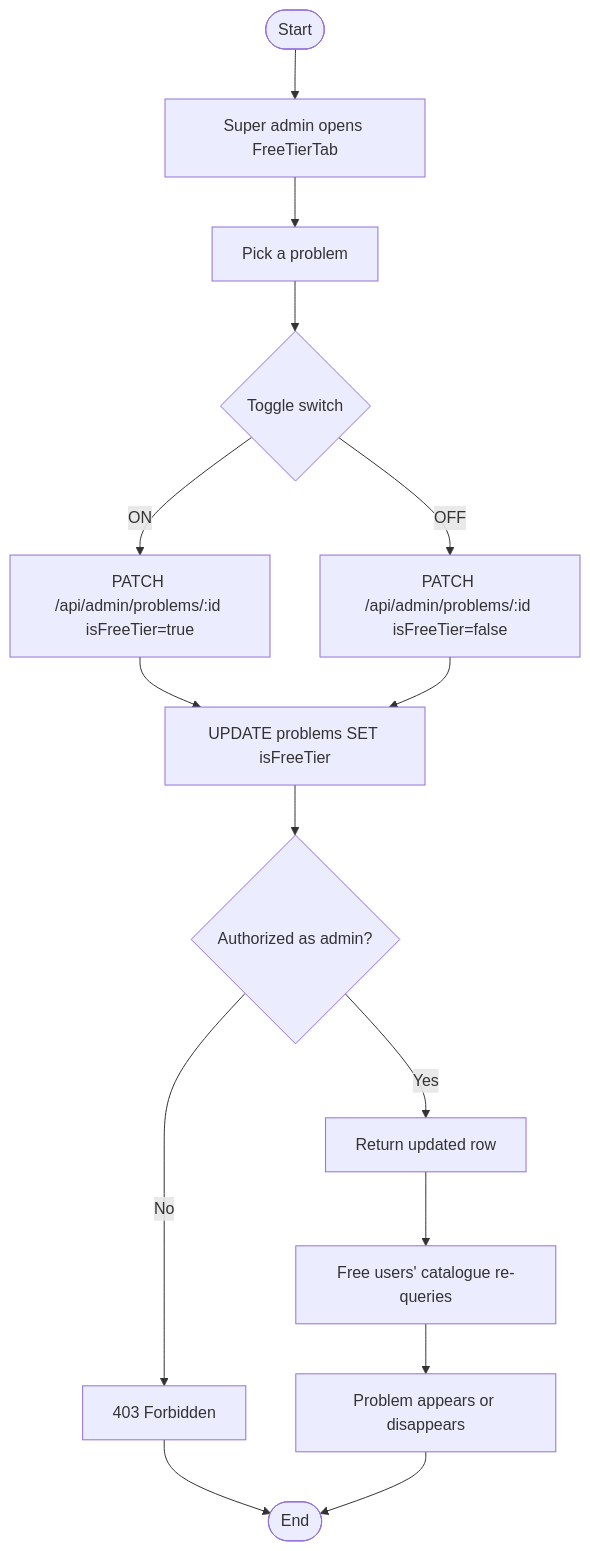
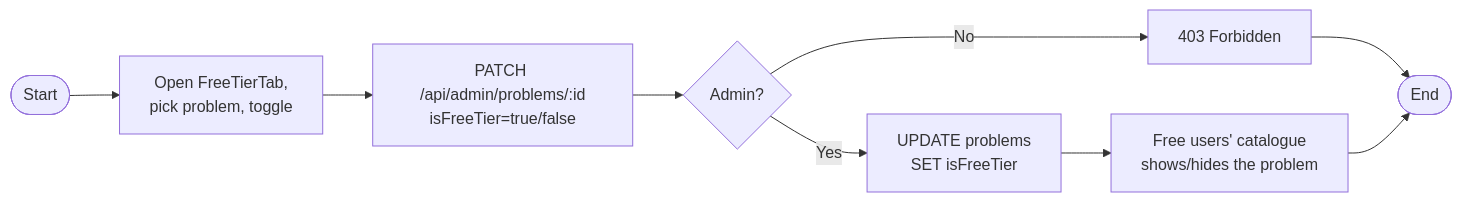
One commit to MaizaAymen/OmniLearn changed the fifth of 9 diagrams in docs/06_chapitre4_sprint2.md. Above: the diagram before and after it, drawn with Mermaid.

````diff
--- a/docs/06_chapitre4_sprint2.md
+++ b/docs/06_chapitre4_sprint2.md
@@ -239,14 +239,9 @@
 ```mermaid
-flowchart TD
-  A([Start]) --> B[Super admin opens FreeTierTab]
-  B --> C[Pick a problem]
-  C --> D{Toggle switch}
-  D -->|ON| E[PATCH /api/admin/problems/:id isFreeTier=true]
-  D -->|OFF| F[PATCH /api/admin/problems/:id isFreeTier=false]
-  E --> G[UPDATE problems SET isFreeTier]
-  F --> G
-  G --> H{Authorized as admin?}
-  H -- No --> I[403 Forbidden] --> Z([End])
-  H -- Yes --> J[Return updated row]
-  J --> K[Free users' catalogue re-queries] --> L[Problem appears or disappears] --> Z
+flowchart LR
+  A([Start]) --> B[Open FreeTierTab,<br/>pick problem, toggle]
+  B --> C[PATCH /api/admin/problems/:id<br/>isFreeTier=true/false]
+  C --> D{Admin?}
+  D -- No --> E[403 Forbidden] --> Z([End])
+  D -- Yes --> F[UPDATE problems<br/>SET isFreeTier]
+  F --> G[Free users' catalogue<br/>shows/hides the problem] --> Z
 ```
````
